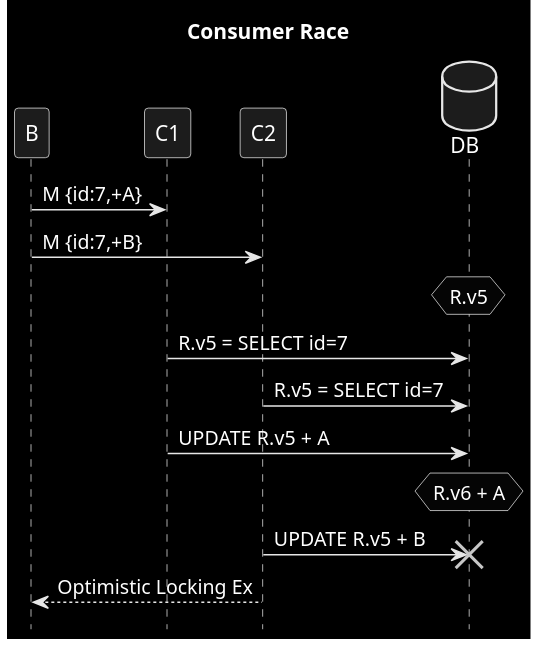
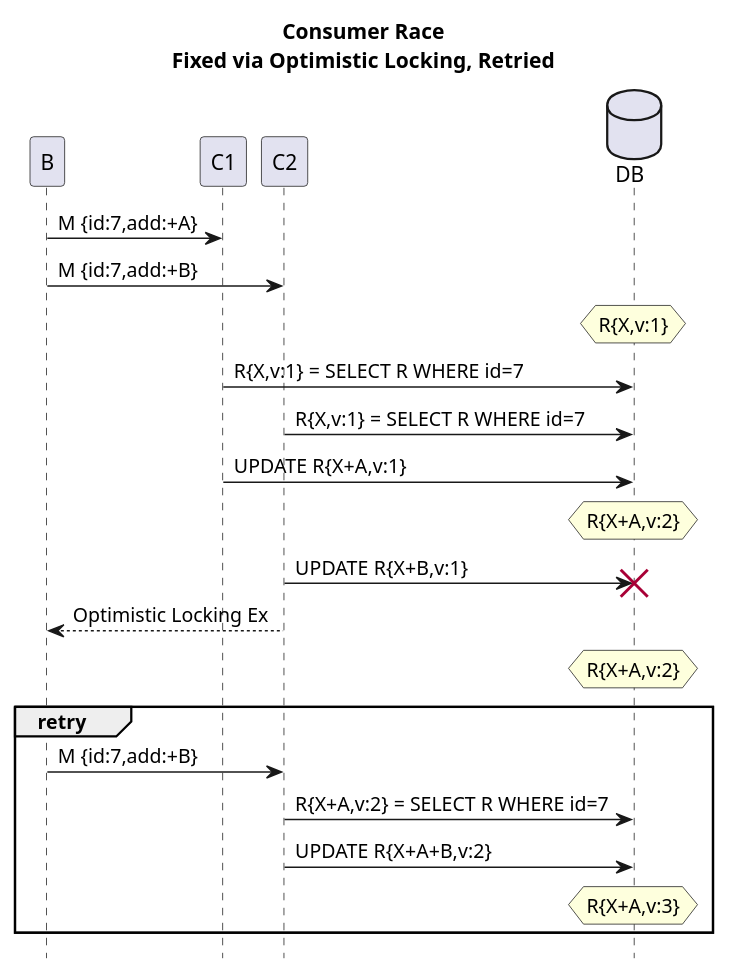
The diagram in patterns/3_race_c_c___optimistic_locking.puml (victorrentea/kafka), drawn with PlantUML before and after one commit. The commit also changed 23 other files, not shown here.

```diff
--- a/patterns/3_race_c_c___optimistic_locking.puml
+++ b/patterns/3_race_c_c___optimistic_locking.puml
@@ -1,16 +1,22 @@
 @startuml
-title Consumer Race
+title Consumer Race\nFixed via Optimistic Locking, Retried
 hide footbox
-skinparam monochrome reverse
 database DB order 9
 
-B->C1: M {id:7,+A}
-B->C2: M {id:7,+B}
-hnote over DB: R.v5
-C1->DB: R.v5 = SELECT id=7
-C2->DB: R.v5 = SELECT id=7
-C1->DB: UPDATE R.v5 + A
-hnote over DB: R.v6 + A
-C2->DB!!: UPDATE R.v5 + B
+B->C1: M {id:7,add:+A}
+B->C2: M {id:7,add:+B}
+hnote over DB: R{X,v:1}
+C1->DB: R{X,v:1} = SELECT R WHERE id=7
+C2->DB: R{X,v:1} = SELECT R WHERE id=7
+C1->DB: UPDATE R{X+A,v:1}
+hnote over DB: R{X+A,v:2}
+C2->DB!!: UPDATE R{X+B,v:1}
 B<--C2: Optimistic Locking Ex
+hnote over DB: R{X+A,v:2}
+group retry
+B->C2: M {id:7,add:+B}
+C2->DB: R{X+A,v:2} = SELECT R WHERE id=7
+C2->DB: UPDATE R{X+A+B,v:2}
+hnote over DB: R{X+A,v:3}
+end
 @enduml
```
